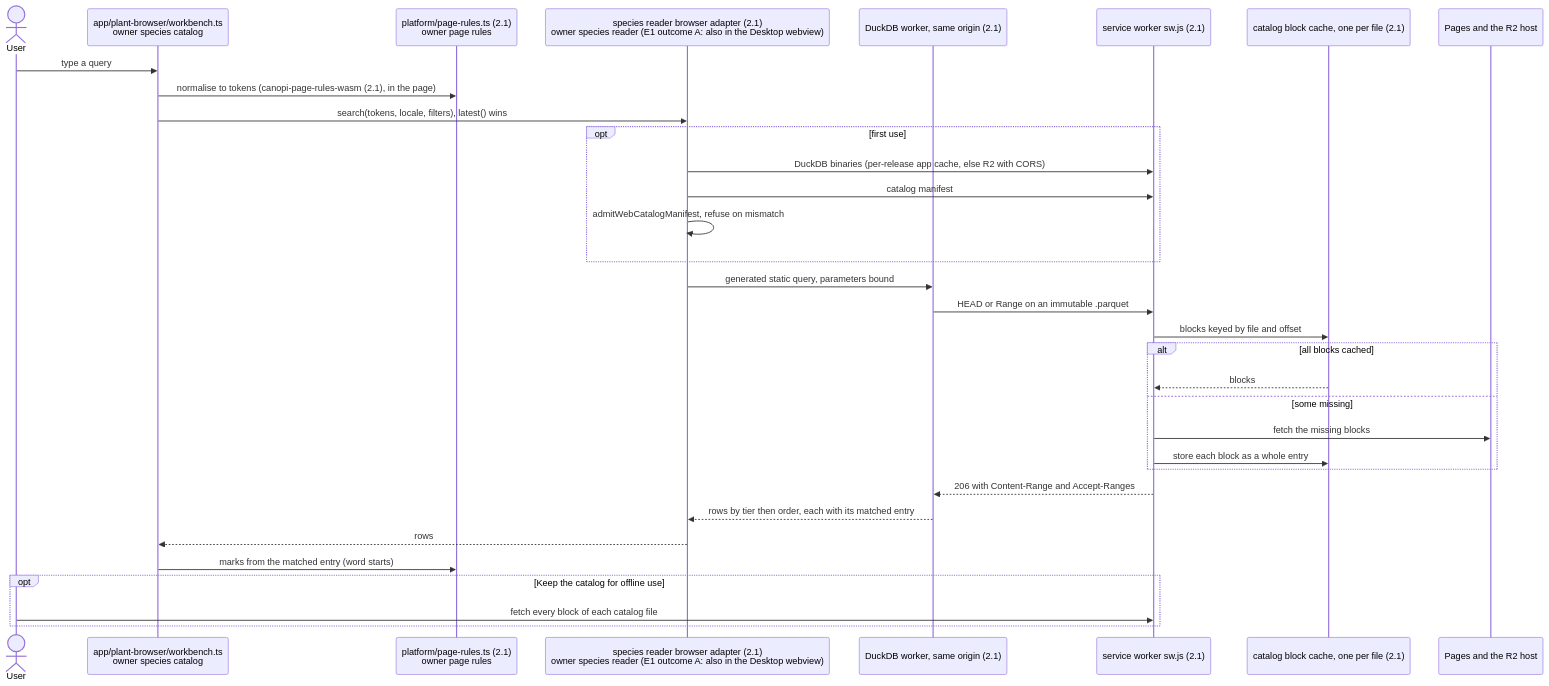
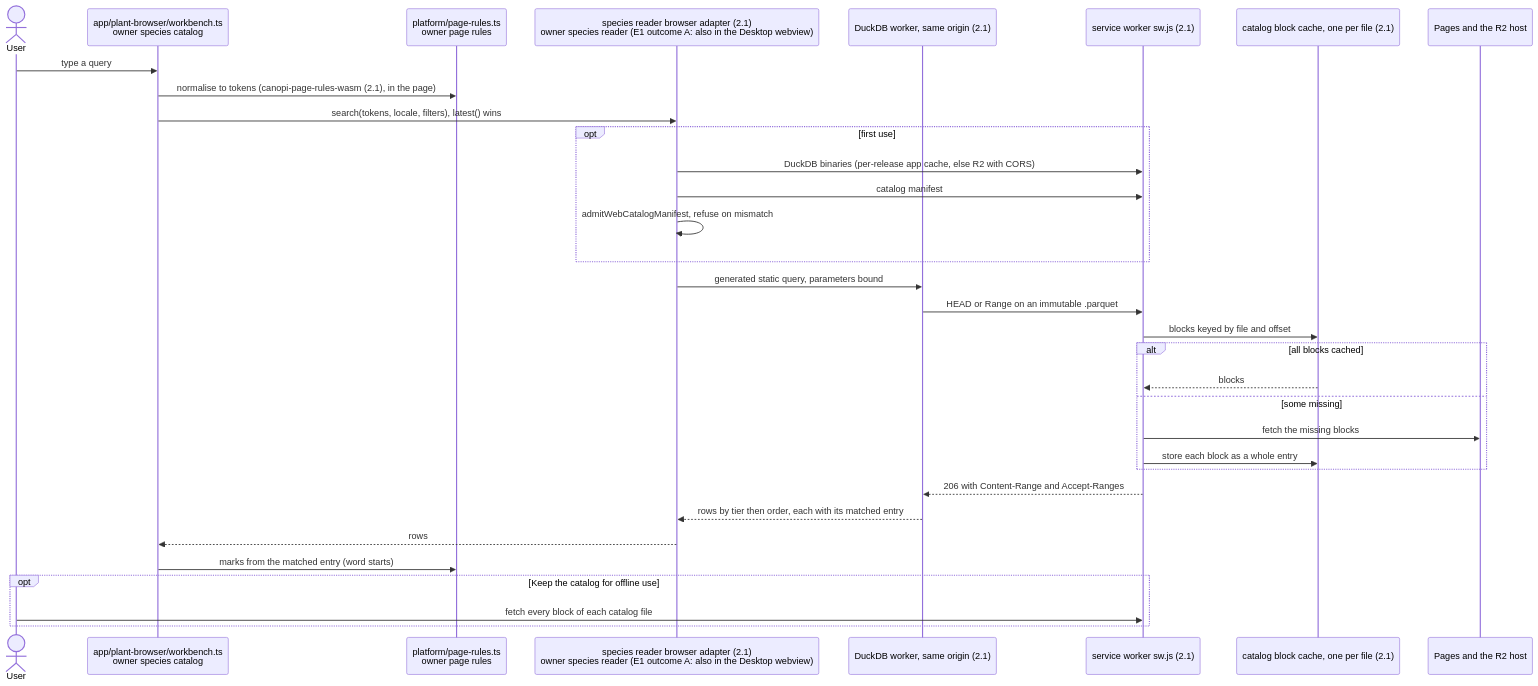
Before and after one commit to opencanopi/canopi: the third of 4 diagrams in docs/architecture/flows-outputs.md, drawn with Mermaid. The commit also changed 191 other files, not shown here.

````diff
--- a/docs/architecture/flows-outputs.md
+++ b/docs/architecture/flows-outputs.md
@@ -93,35 +93,35 @@
 ```mermaid
 sequenceDiagram
   actor U as User
   participant WB as app/plant-browser/workbench.ts<br/>owner species catalog
-  participant NT as platform/page-rules.ts (2.1)<br/>owner page rules
+  participant NT as platform/page-rules.ts<br/>owner page rules
   participant RD as species reader browser adapter (2.1)<br/>owner species reader (E1 outcome A: also in the Desktop webview)
   participant DW as DuckDB worker, same origin (2.1)
   participant SW as service worker sw.js (2.1)
   participant CC as catalog block cache, one per file (2.1)
   participant NET as Pages and the R2 host
   U->>WB: type a query
   WB->>NT: normalise to tokens (canopi-page-rules-wasm (2.1), in the page)
   WB->>RD: search(tokens, locale, filters), latest() wins
   opt first use
     RD->>SW: DuckDB binaries (per-release app cache, else R2 with CORS)
     RD->>SW: catalog manifest
     RD->>RD: admitWebCatalogManifest, refuse on mismatch
   end
   RD->>DW: generated static query, parameters bound
   DW->>SW: HEAD or Range on an immutable .parquet
   SW->>CC: blocks keyed by file and offset
   alt all blocks cached
     CC-->>SW: blocks
   else some missing
     SW->>NET: fetch the missing blocks
     SW->>CC: store each block as a whole entry
   end
   SW-->>DW: 206 with Content-Range and Accept-Ranges
   DW-->>RD: rows by tier then order, each with its matched entry
   RD-->>WB: rows
   WB->>NT: marks from the matched entry (word starts)
   opt Keep the catalog for offline use
     U->>SW: fetch every block of each catalog file
   end
 ```
````
